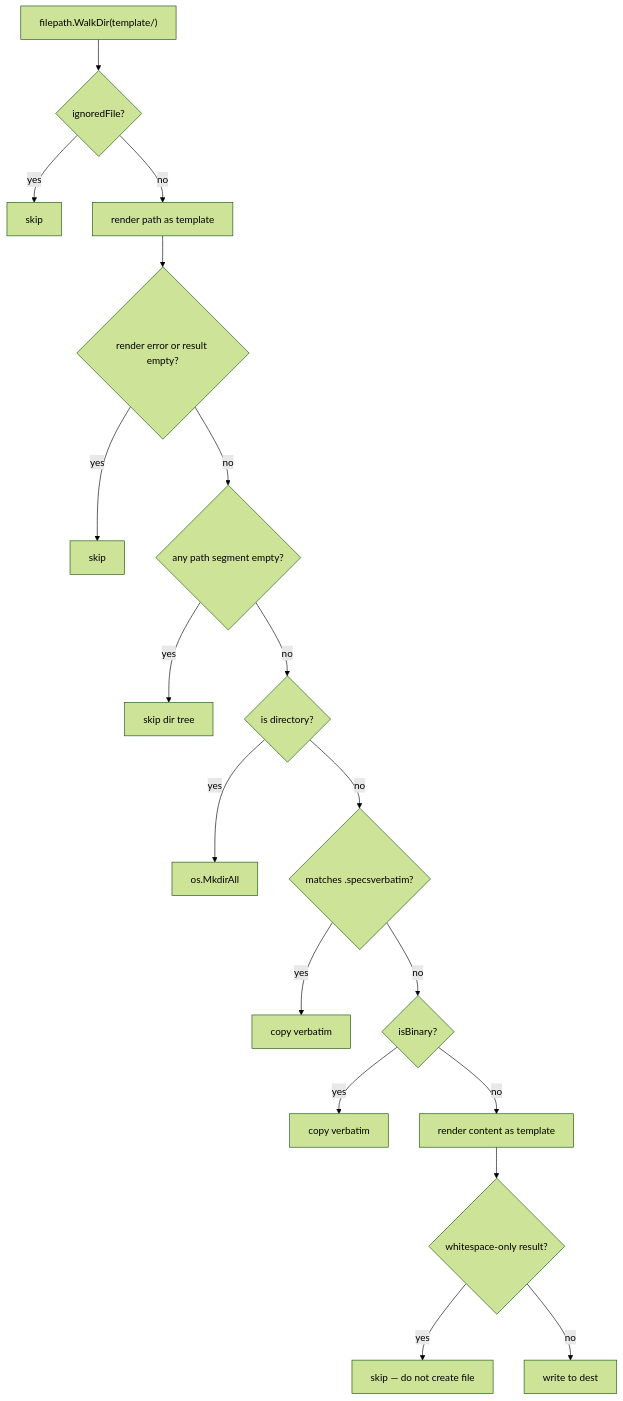
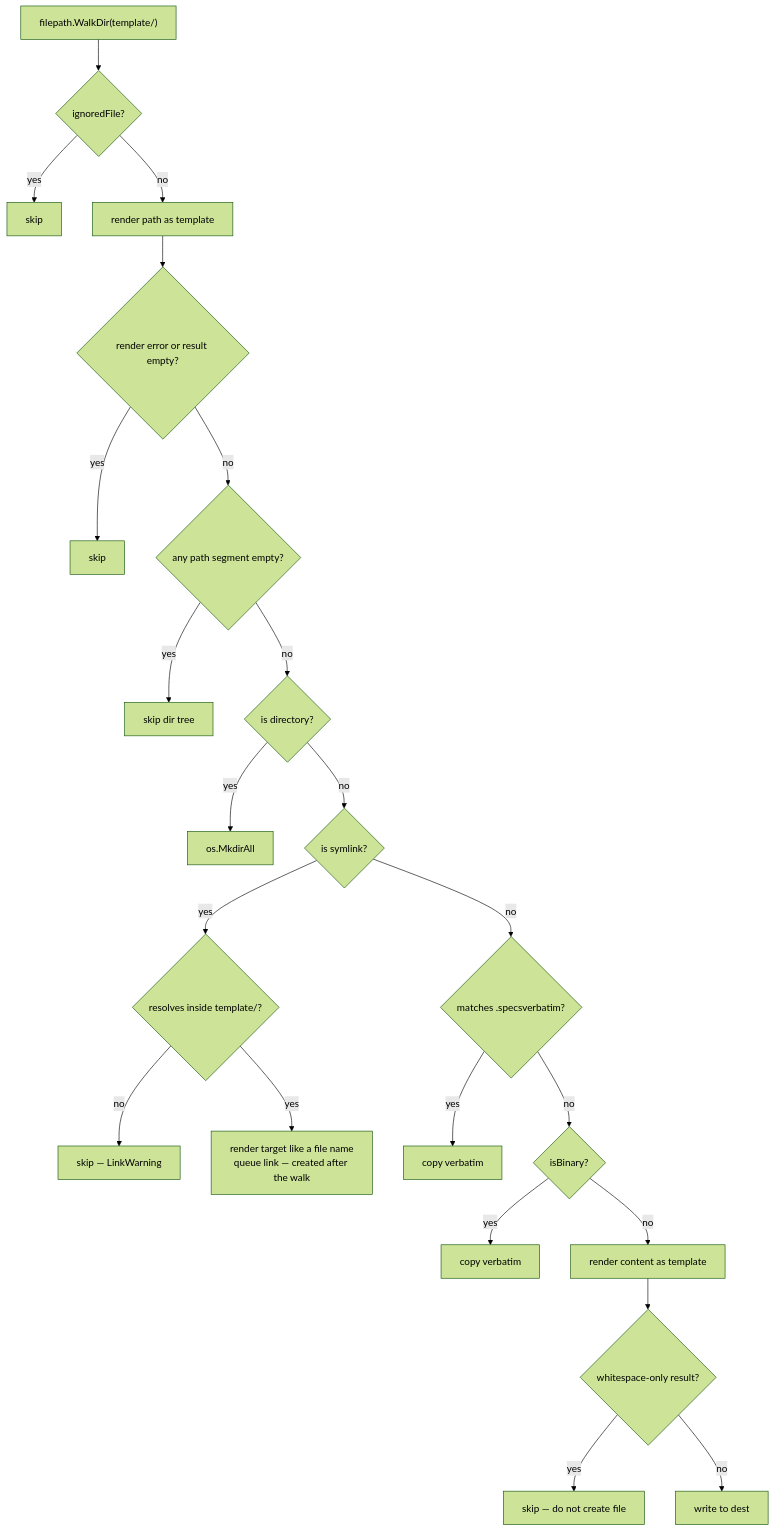
The third of 4 diagrams in docs/content/docs/architecture/overview.md (specsnl/specs-cli), drawn with Mermaid (forest theme) before and after one commit. The commit also changed other lines of this file and 4 other files, not shown here.

Commit message:
docs: document template symlink handling (GH-175)

````diff
--- a/docs/content/docs/architecture/overview.md
+++ b/docs/content/docs/architecture/overview.md
@@ -233,20 +237,24 @@
 ```mermaid
 flowchart TD
     A["filepath.WalkDir(template/)"] --> B{ignoredFile?}
     B -->|yes| Skip1[skip]
     B -->|no| C[render path as template]
     C --> D{render error or result empty?}
     D -->|yes| Skip2[skip]
     D -->|no| E{any path segment empty?}
     E -->|yes| Skip3[skip dir tree]
     E -->|no| F{is directory?}
     F -->|yes| Mkdir[os.MkdirAll]
-    F -->|no| G{matches .specsverbatim?}
+    F -->|no| L{is symlink?}
+    L -->|yes| L1{resolves inside template/?}
+    L1 -->|no| Skip5[skip — LinkWarning]
+    L1 -->|yes| L2["render target like a file name\nqueue link — created after the walk"]
+    L -->|no| G{matches .specsverbatim?}
     G -->|yes| Copy1[copy verbatim]
     G -->|no| H{isBinary?}
     H -->|yes| Copy2[copy verbatim]
     H -->|no| I[render content as template]
     I --> J{whitespace-only result?}
     J -->|yes| Skip4[skip — do not create file]
     J -->|no| Write[write to dest]
 ```
````
